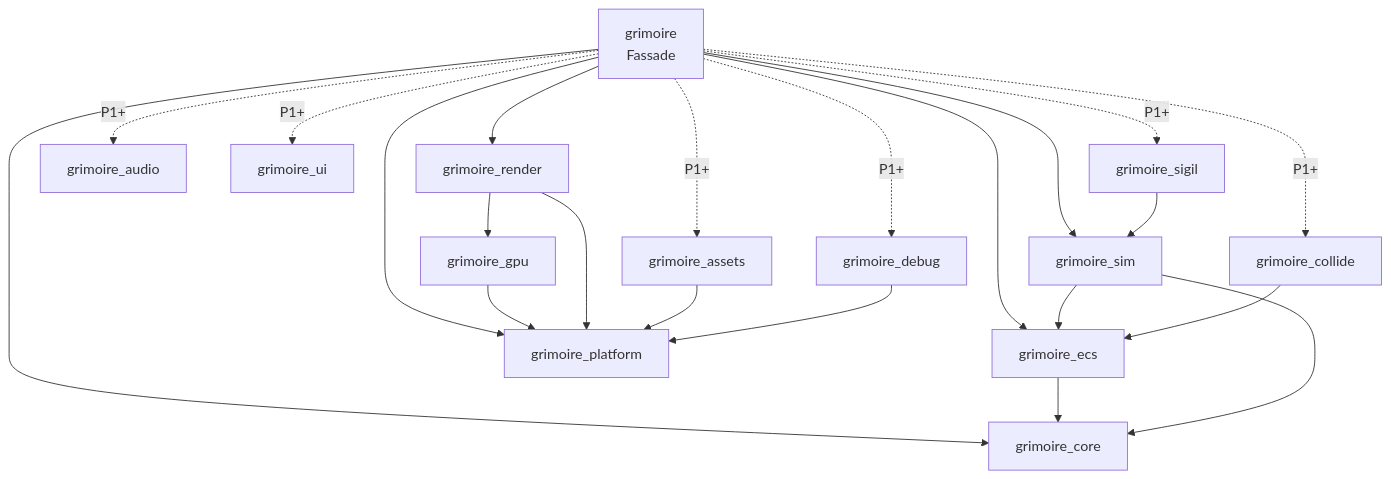
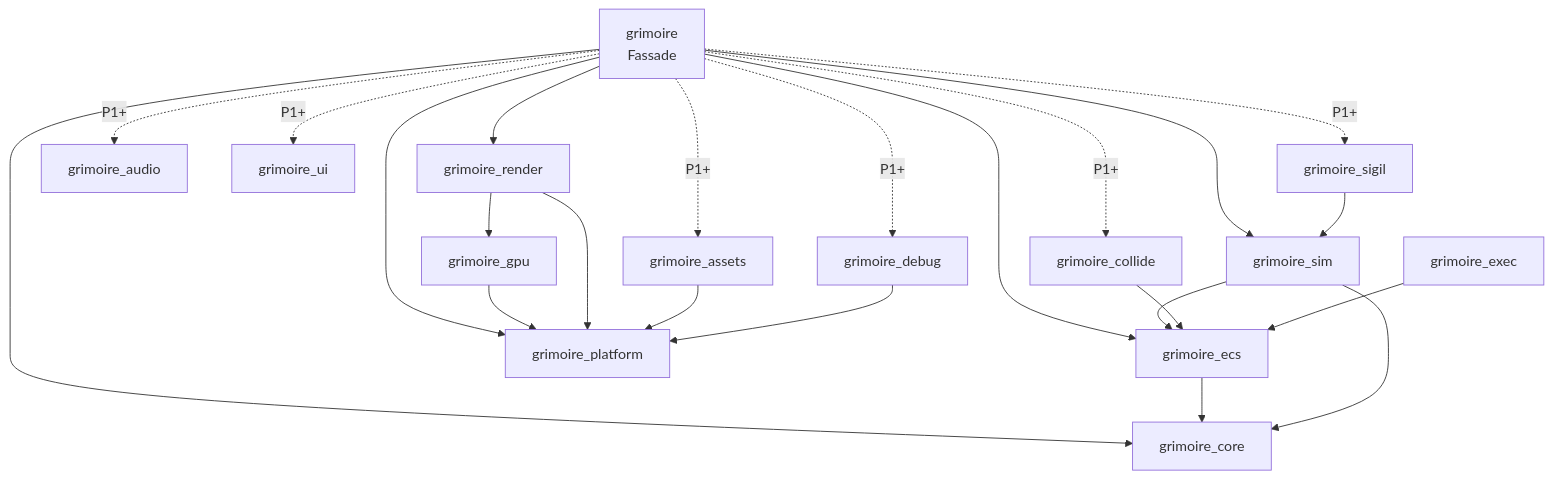
The diagram in docs/architektur/crate-vertraege.md (LupusMalusDeviant/grimoire), drawn with Mermaid before and after one commit. The commit also changed other lines of this file and 2 other files, not shown here.

````diff
--- a/docs/architektur/crate-vertraege.md
+++ b/docs/architektur/crate-vertraege.md
@@ -10,13 +10,14 @@
 ```mermaid
 graph TD
     FAC[grimoire<br/>Fassade] --> REN[grimoire_render] & SIM[grimoire_sim] & ECS[grimoire_ecs] & PLT[grimoire_platform] & CORE[grimoire_core]
     FAC -.P1+.-> COL[grimoire_collide] & AUD[grimoire_audio] & UI[grimoire_ui] & AST[grimoire_assets] & SIG[grimoire_sigil] & DBG[grimoire_debug]
     REN --> GPU[grimoire_gpu] --> PLT
     REN --> PLT
     SIM --> ECS --> CORE
     SIM --> CORE
     COL --> ECS
+    EXE[grimoire_exec] --> ECS
     SIG --> SIM
     AST --> PLT
     DBG --> PLT
 ```
````
